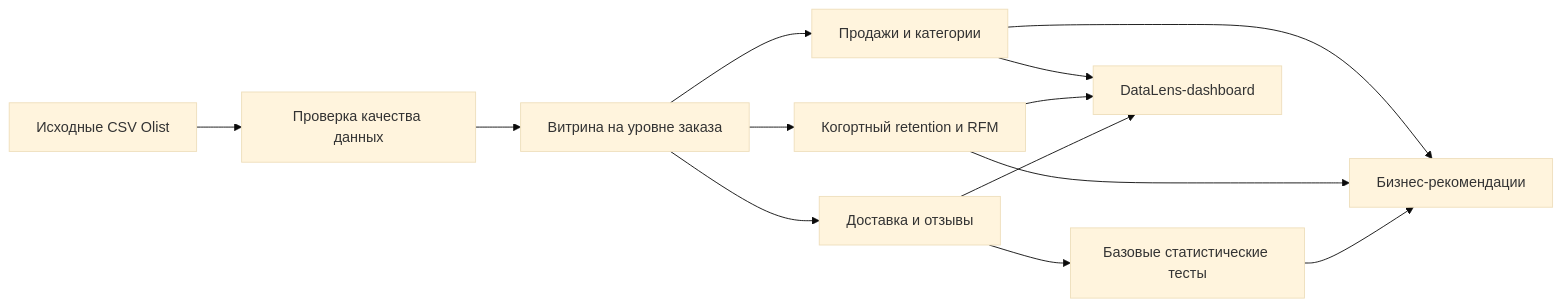
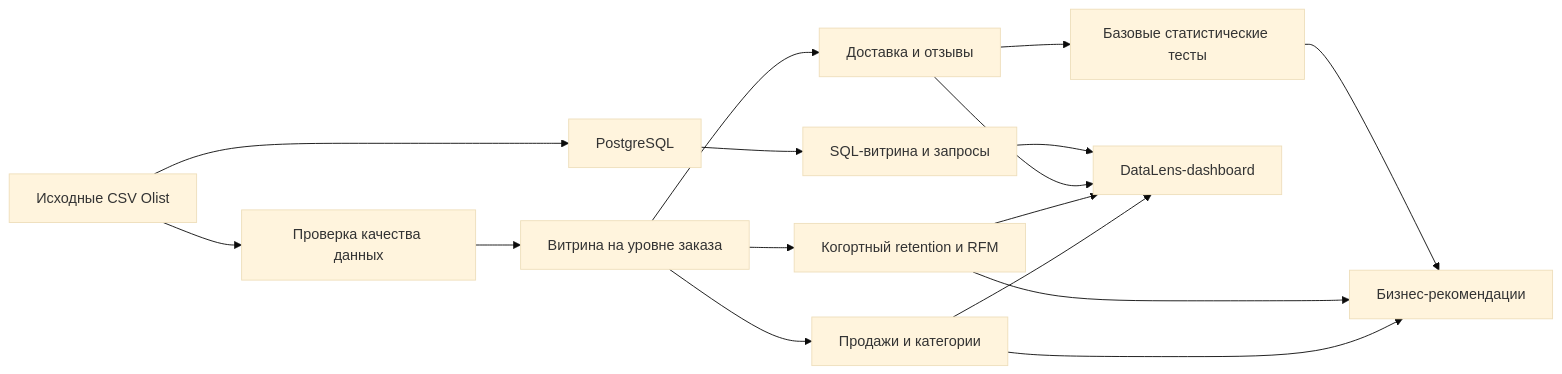
The first of 2 diagrams in README.md (sureasguuds9-prog/olist-ecommerce-analytics), drawn with Mermaid (base theme) before and after one commit. The commit also changed other lines of this file and 14 other files, not shown here.

Commit message:
Add validated PostgreSQL analytics queries

````diff
--- a/README.md
+++ b/README.md
@@ -97,15 +124,18 @@
 ```mermaid
 flowchart LR
     A[Исходные CSV Olist] --> B[Проверка качества данных]
     B --> C[Витрина на уровне заказа]
+    A --> J[PostgreSQL]
+    J --> K[SQL-витрина и запросы]
     C --> D[Продажи и категории]
     C --> E[Когортный retention и RFM]
     C --> F[Доставка и отзывы]
     F --> G[Базовые статистические тесты]
     D --> I[DataLens-dashboard]
     E --> I
     F --> I
+    K --> I
     D --> H[Бизнес-рекомендации]
     E --> H
     G --> H
 ```
````
